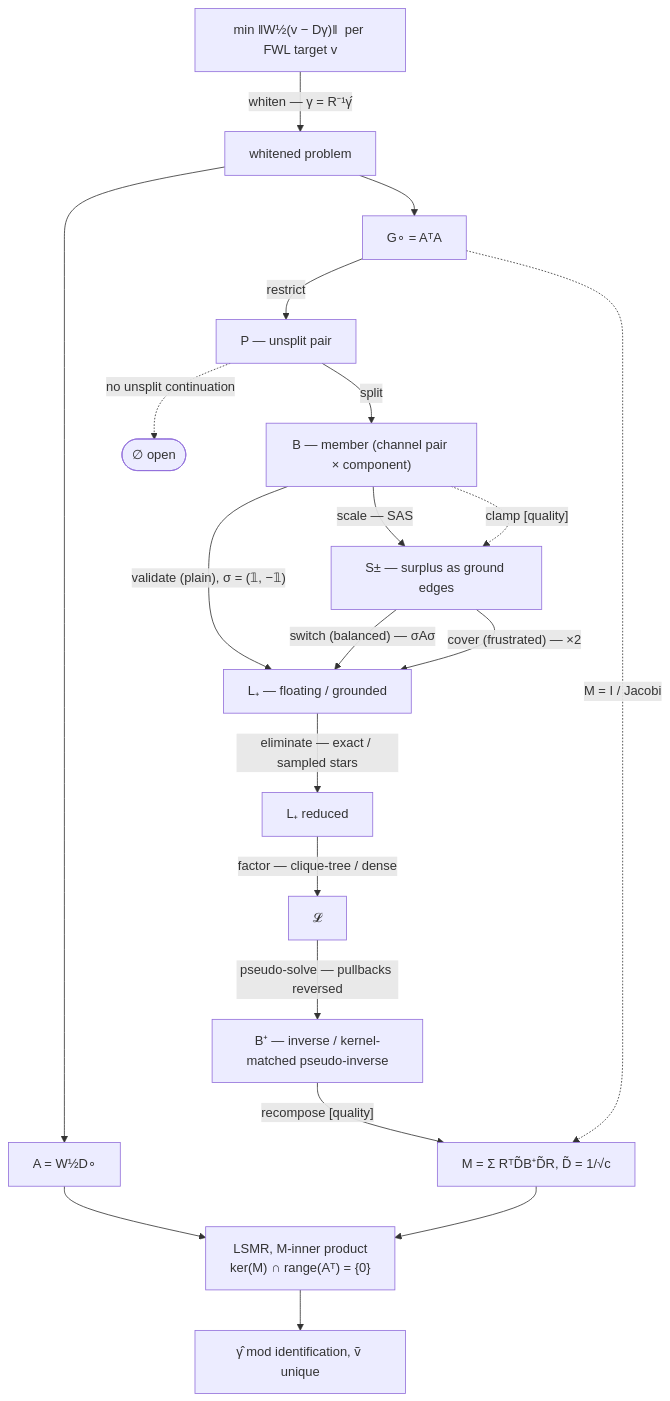
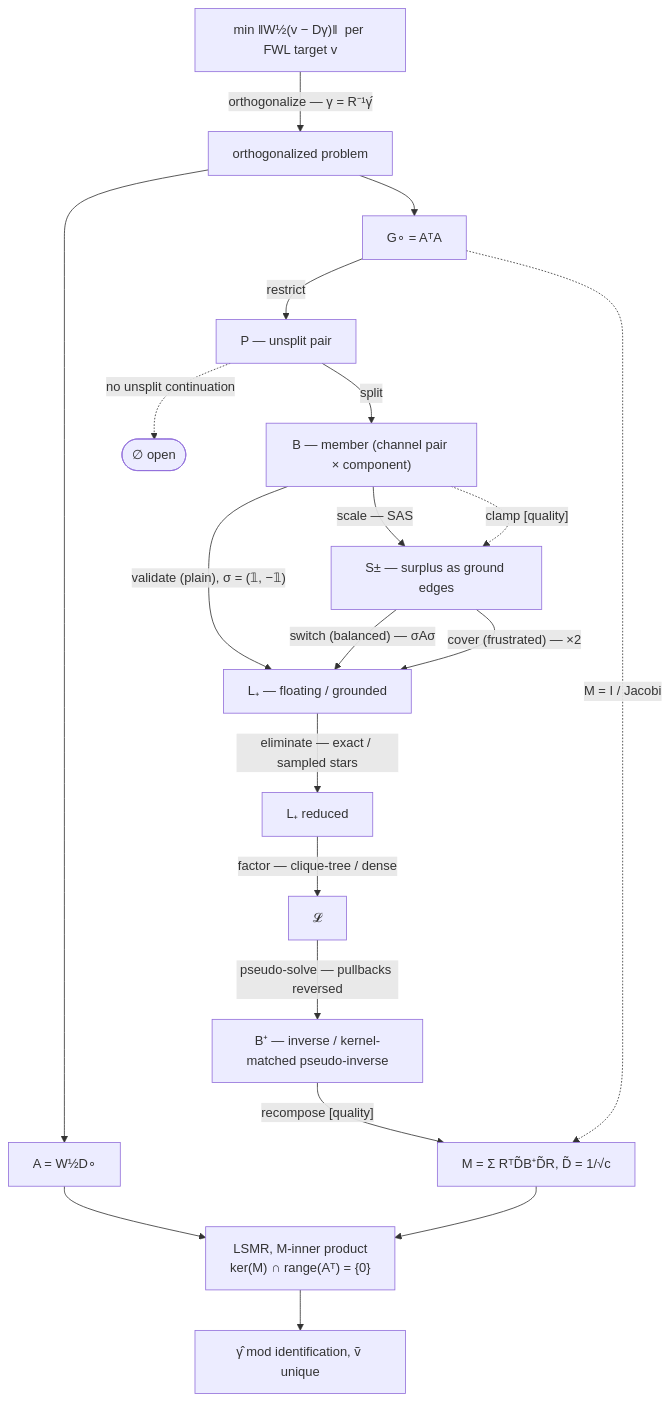
Before and after one commit to py-econometrics/within: the diagram in docs/4_sddm_state_model.md, drawn with Mermaid. The commit also changed other lines of this file and 36 other files, not shown here.

````diff
--- a/docs/4_sddm_state_model.md
+++ b/docs/4_sddm_state_model.md
@@ -134,44 +134,44 @@
 ```mermaid
 flowchart TD
     RAW["min ‖W½(v − Dγ)‖  per FWL target v"]
-    WHITE["whitened problem"]
-    RAW -->|"whiten — γ = R⁻¹γ̂"| WHITE
+    WHITE["orthogonalized problem"]
+    RAW -->|"orthogonalize — γ = R⁻¹γ̂"| WHITE
 
     OP["A = W½D∘"]
     GW["G∘ = AᵀA"]
     WHITE --> OP
     WHITE --> GW
 
     P["P — unsplit pair"]
     GW -->|restrict| P
     NOP(["∅ open"])
     P -.->|"no unsplit continuation"| NOP
 
     B["B — member (channel pair × component)"]
     P -->|split| B
 
     SPM["S± — surplus as ground edges"]
     LP["L₊ — floating / grounded"]
     B -->|"validate (plain), σ = (𝟙, −𝟙)"| LP
     B -->|"scale — SAS"| SPM
     B -.->|"clamp [quality]"| SPM
     SPM -->|"switch (balanced) — σAσ"| LP
     SPM -->|"cover (frustrated) — ×2"| LP
 
     LR["L₊ reduced"]
     LP -->|"eliminate — exact / sampled stars"| LR
     FACT["𝓛"]
     LR -->|"factor — clique-tree / dense"| FACT
 
     BINV["B⁺ — inverse / kernel-matched pseudo-inverse"]
     FACT -->|"pseudo-solve — pullbacks reversed"| BINV
     M["M = Σ RᵀD̃B⁺D̃R,  D̃ = 1/√c"]
     BINV -->|"recompose [quality]"| M
     GW -.->|"M = I / Jacobi"| M
 
     IT["LSMR, M-inner product<br/>ker(M) ∩ range(Aᵀ) = {0}"]
     OP --> IT
     M --> IT
     OUT["γ̂ mod identification, ṽ unique"]
     IT --> OUT
 ```
````
